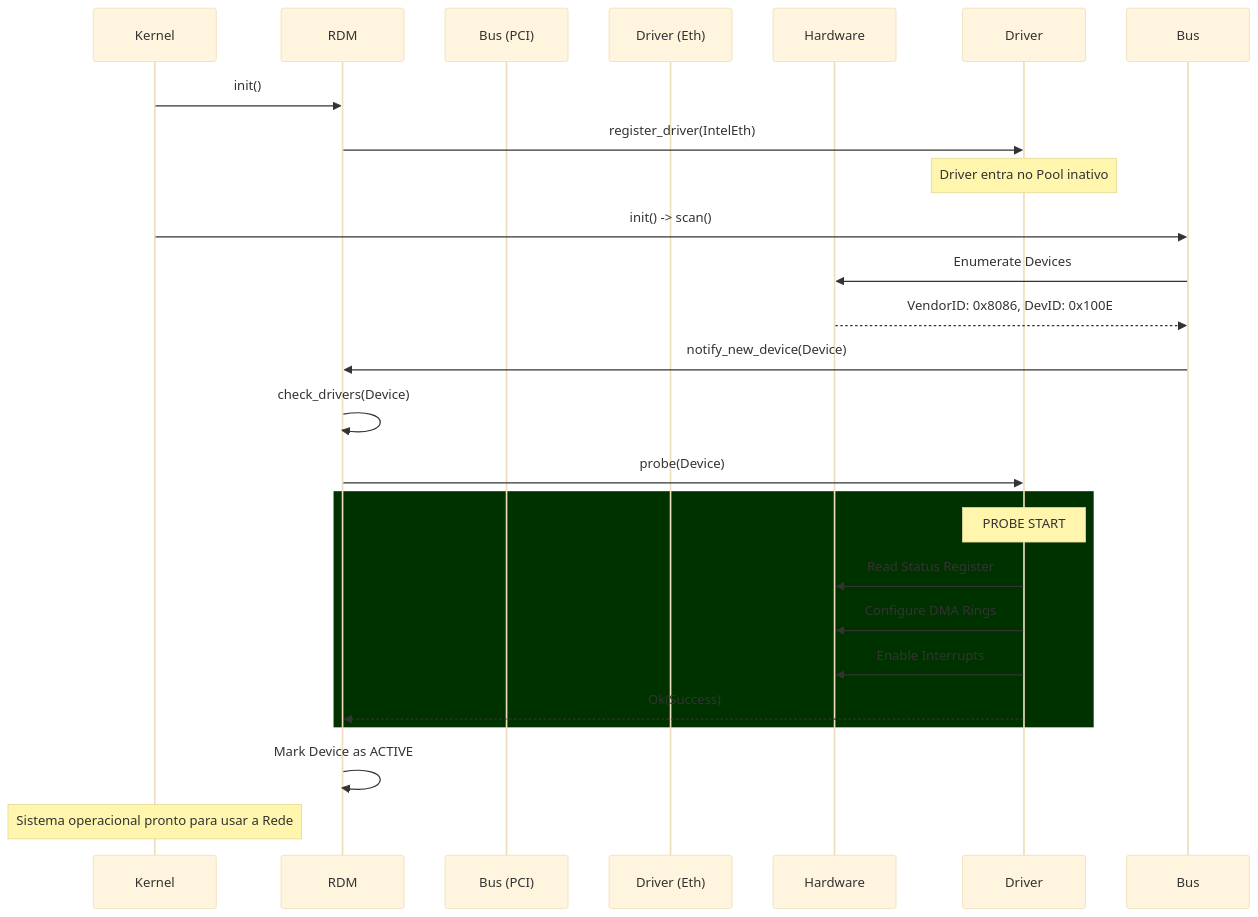
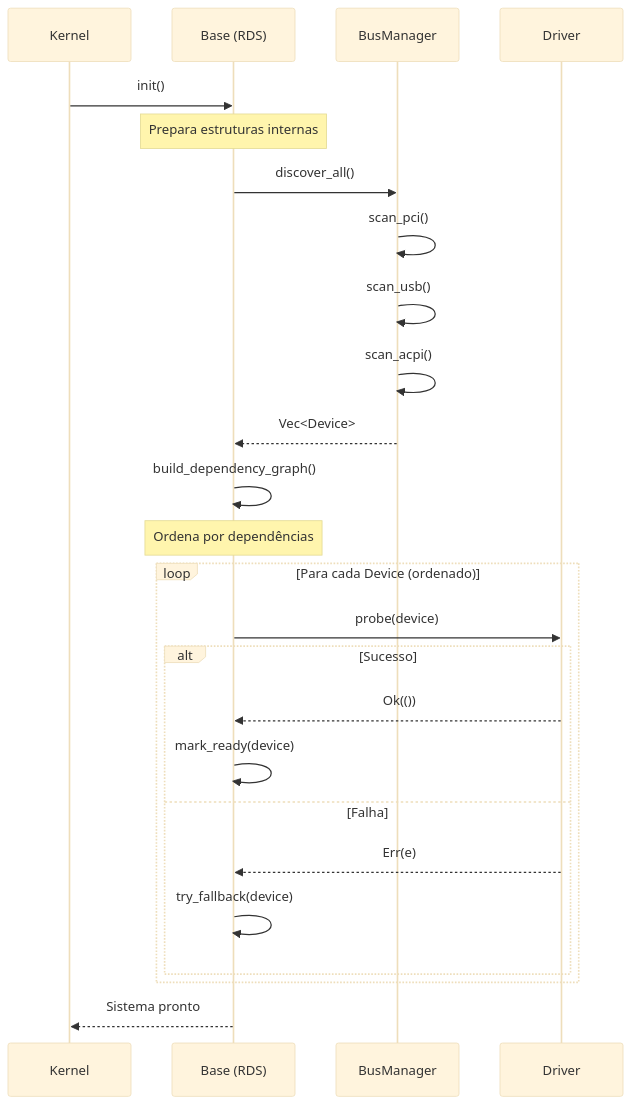
One commit to Redstone-OS/forge changed the third of 5 diagrams in doc/DRIVERS.md. Above: the diagram before and after it, drawn with Mermaid (base theme). The commit also changed other lines of this file, not shown here.

````diff
--- a/doc/DRIVERS.md
+++ b/doc/DRIVERS.md
@@ -164,32 +649,32 @@
 ```mermaid
 sequenceDiagram
-    participant Kernel
-    participant RDM
-    participant Bus (PCI)
-    participant Driver (Eth)
-    participant Hardware
+    participant K as Kernel
+    participant B as Base (RDS)
+    participant BM as BusManager
+    participant D as Driver
 
-    Kernel->>RDM: init()
-    RDM->>Driver: register_driver(IntelEth)
-    Note over Driver: Driver entra no Pool inativo
+    K->>B: init()
+    Note over B: Prepara estruturas internas
     
-    Kernel->>Bus: init() -> scan()
-    Bus->>Hardware: Enumerate Devices
-    Hardware-->>Bus: VendorID: 0x8086, DevID: 0x100E
+    B->>BM: discover_all()
+    BM->>BM: scan_pci()
+    BM->>BM: scan_usb()
+    BM->>BM: scan_acpi()
+    BM-->>B: Vec<Device>
     
-    Bus->>RDM: notify_new_device(Device)
+    B->>B: build_dependency_graph()
+    Note over B: Ordena por dependências
     
-    RDM->>RDM: check_drivers(Device)
-    RDM->>Driver: probe(Device)
-    
-    rect rgb(0, 50, 0)
-        Note over Driver: PROBE START
-        Driver->>Hardware: Read Status Register
-        Driver->>Hardware: Configure DMA Rings
-        Driver->>Hardware: Enable Interrupts
-        Driver-->>RDM: Ok(Success)
+    loop Para cada Device (ordenado)
+        B->>D: probe(device)
+        alt Sucesso
+            D-->>B: Ok(())
+            B->>B: mark_ready(device)
+        else Falha
+            D-->>B: Err(e)
+            B->>B: try_fallback(device)
+        end
     end
     
-    RDM->>RDM: Mark Device as ACTIVE
-    Note over Kernel: Sistema operacional pronto para usar a Rede
+    B-->>K: Sistema pronto
 ```
````
